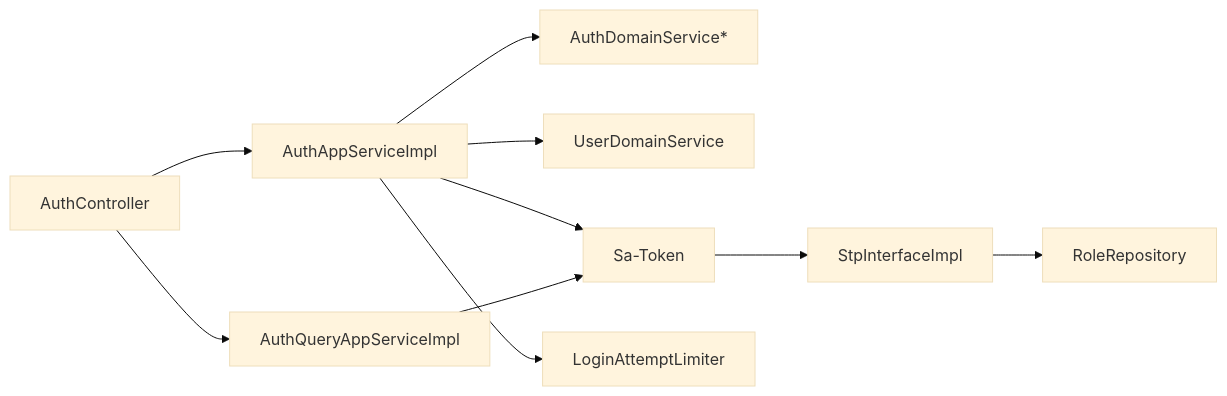
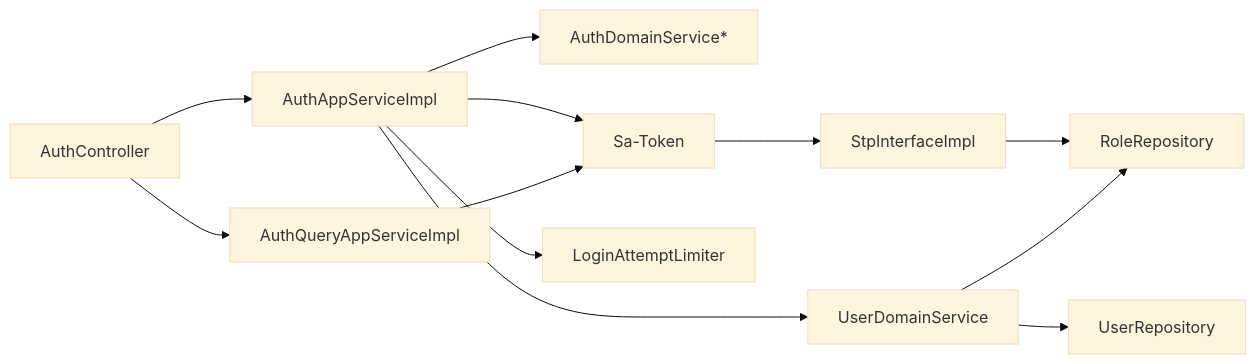
The sixth of 6 diagrams in .qoder/repowiki/zh/content/核心业务模块/认证授权模块.md (sunnaoxixi/spring-ddd-template), drawn with Mermaid (base theme) before and after one commit. The commit also changed other lines of this file and 91 other files, not shown here.

````diff
--- a/.qoder/repowiki/zh/content/核心业务模块/认证授权模块.md
+++ b/.qoder/repowiki/zh/content/核心业务模块/认证授权模块.md
@@ -268,12 +301,14 @@
 ```mermaid
 graph LR
 Controller["AuthController"] --> AppWrite["AuthAppServiceImpl"]
 Controller --> AppRead["AuthQueryAppServiceImpl"]
 AppWrite --> DomainAuth["AuthDomainService*"]
 AppWrite --> UserDomain["UserDomainService"]
 AppWrite --> SaToken["Sa-Token"]
+AppWrite --> Limiter["LoginAttemptLimiter"]
 AppRead --> SaToken
 SaToken --> StpInterface["StpInterfaceImpl"]
 StpInterface --> RoleRepo["RoleRepository"]
-AppWrite --> Limiter["LoginAttemptLimiter"]
+UserDomain --> RoleRepo
+UserDomain --> UserRepo["UserRepository"]
 ```
````
